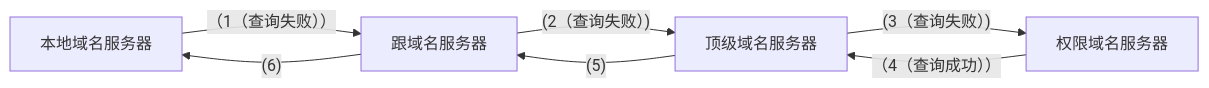
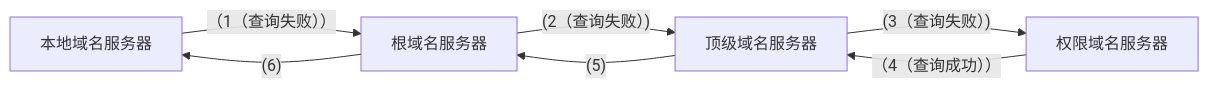
One commit to Wavepoet/hikari_Notes_Datacom changed the fourth of 6 diagrams in 理论/TCP_IP/1.应用层/DNS.md. Above: the diagram before and after it, drawn with Mermaid. The commit also changed other lines of this file and 44 other files, not shown here.

````diff
--- a/理论/TCP_IP/1.应用层/DNS.md
+++ b/理论/TCP_IP/1.应用层/DNS.md
@@ -165,9 +161,9 @@
 ```mermaid
 graph LR
-    A[本地域名服务器]--（1（查询失败））-->B[跟域名服务器]
+    A[本地域名服务器]--（1（查询失败））-->B[根域名服务器]
     B--(2（查询失败）)-->C[顶级域名服务器]
     C--(3（查询失败）)-->D[权限域名服务器]
     D--（4（查询成功））-->C
     C--(5)-->B
     B--(6)-->A
 ```
````
